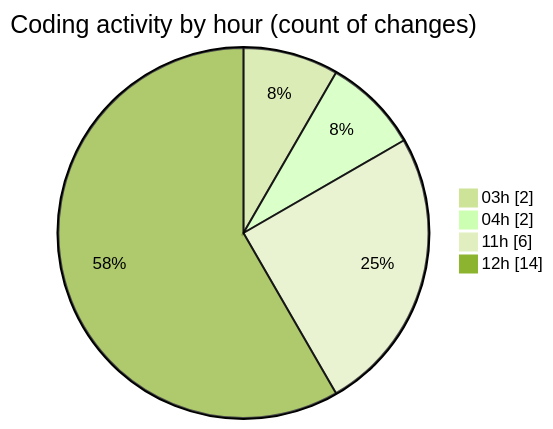
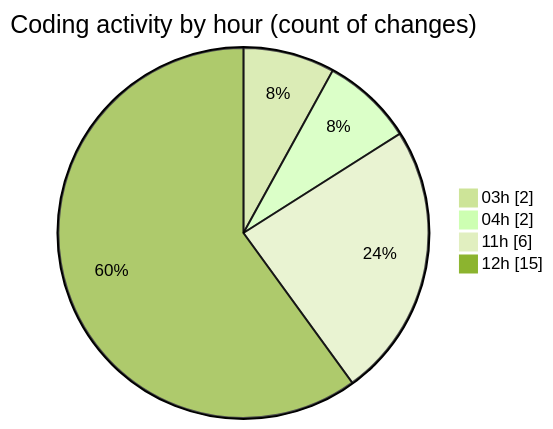
The second of 2 diagrams in 2025-07-04/cursor/README.md (FelipKnott/code-tracking), drawn with Mermaid (forest theme) before and after one commit. The commit also changed other lines of this file and 1 other file, not shown here.

````diff
--- a/2025-07-04/cursor/README.md
+++ b/2025-07-04/cursor/README.md
@@ -42,8 +42,8 @@
 ```mermaid
 pie showData
 title Coding activity by hour (count of changes)
 "03h" : 2
 "04h" : 2
 "11h" : 6
-"12h" : 14
+"12h" : 15
 ```
````
